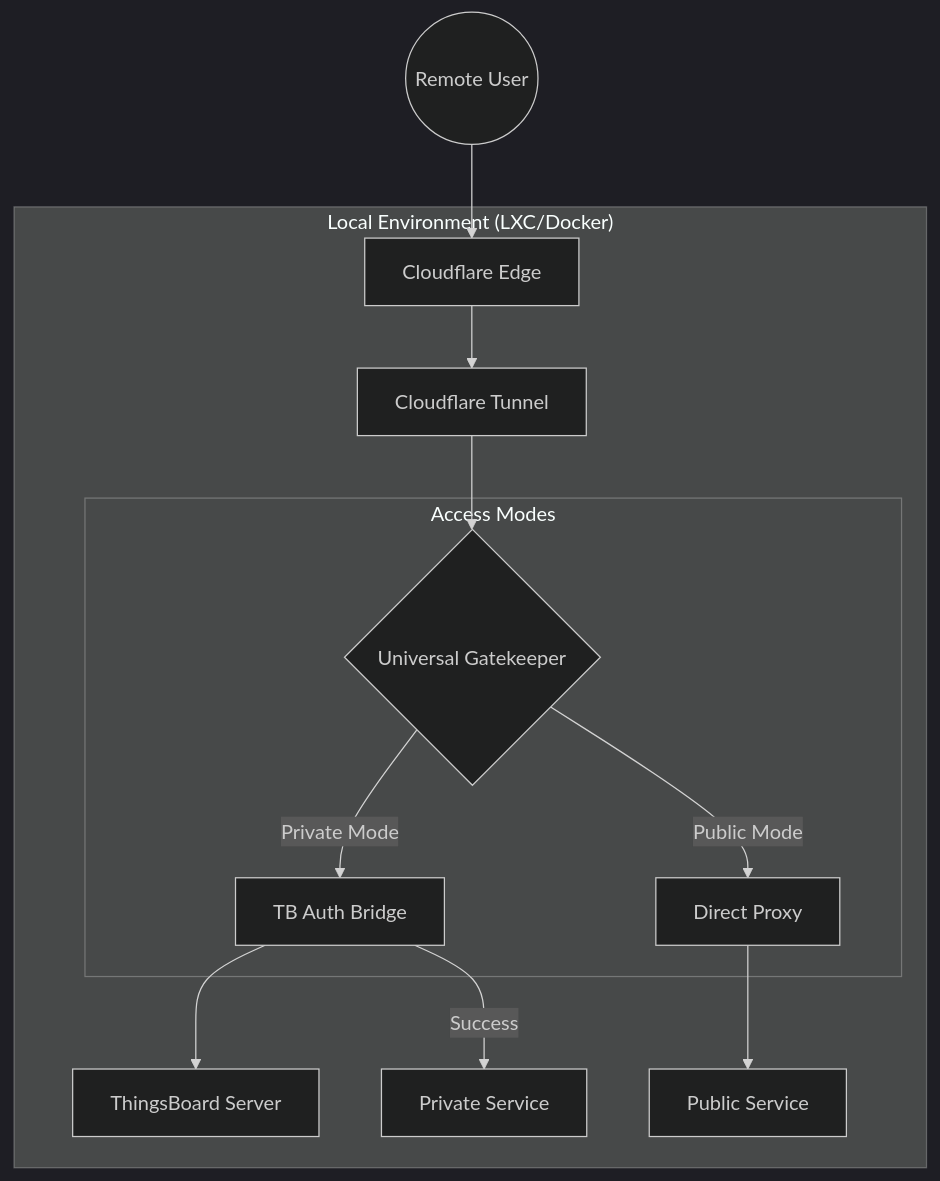
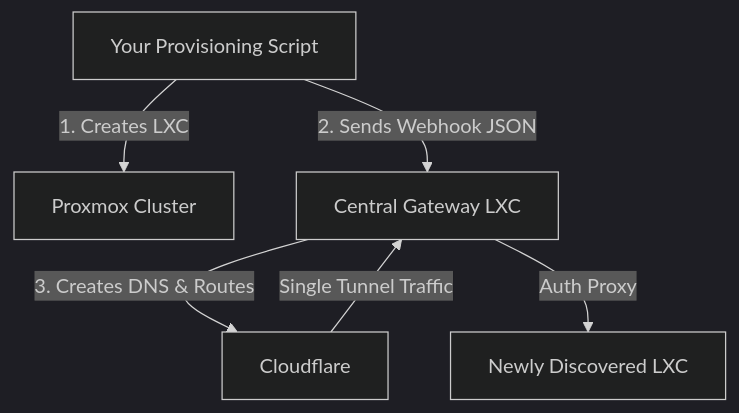
Before and after one commit to umeshKandhalu/Piltismart-Cloudflare-Bridge: the diagram in README.md, drawn with Mermaid (dark theme). The commit also changed other lines of this file and 7 other files, not shown here.

````diff
--- a/README.md
+++ b/README.md
@@ -16,17 +18,8 @@
 ```mermaid
 graph TD
-    User((Remote User)) --> CF[Cloudflare Edge]
-    subgraph "Local Environment (LXC/Docker)"
-        CF --> Tunnel[Cloudflare Tunnel]
-        Tunnel --> Bridge{Universal Gatekeeper}
-        
-        subgraph "Access Modes"
-            Bridge -- "Private Mode" --> Auth[TB Auth Bridge]
-            Bridge -- "Public Mode" --> Direct[Direct Proxy]
-        end
-        
-        Auth --> TB[ThingsBoard Server]
-        Auth -- "Success" --> ServiceA[Private Service]
-        Direct --> ServiceB[Public Service]
-    end
+    API[Your Provisioning Script] -->|1. Creates LXC| PVE[Proxmox Cluster]
+    API -->|2. Sends Webhook JSON| Gateway[Central Gateway LXC]
+    Gateway -->|3. Creates DNS & Routes| CF[Cloudflare]
+    CF -- "Single Tunnel Traffic" --> Gateway
+    Gateway -- "Auth Proxy" --> LXC_New[Newly Discovered LXC]
 ```
````
